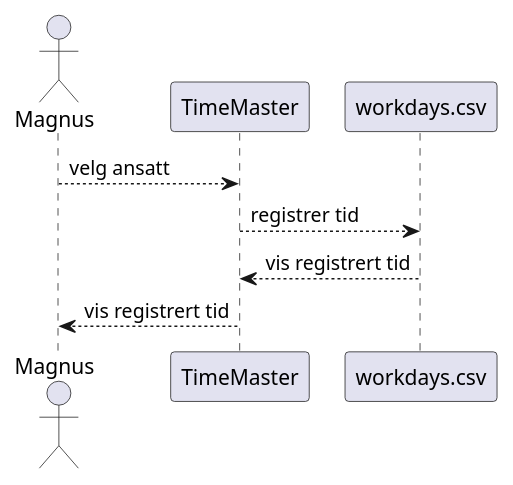
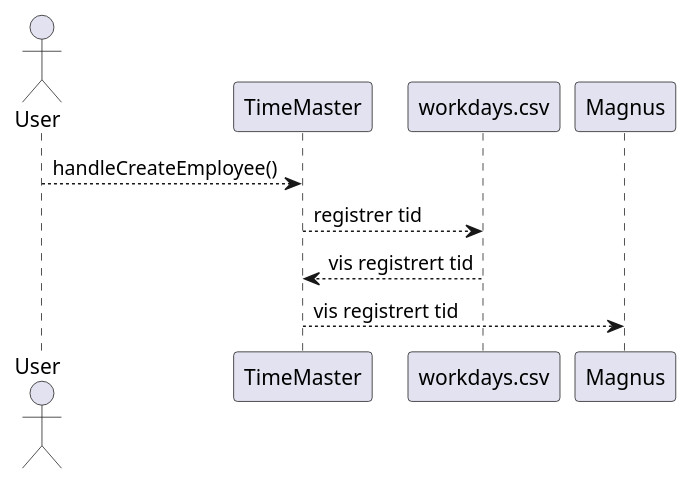
One commit to sleipner01/TimeMaster changed the diagram in docs/diagrams/sequencediagram.plantuml. Above: the diagram before and after it, drawn with PlantUML. The commit also changed 1 other file, not shown here.

Commit message:
Edited different diagrams
Edited sequence and packet diagram

Issue: #28

```diff
--- a/docs/diagrams/sequencediagram.plantuml
+++ b/docs/diagrams/sequencediagram.plantuml
@@ -1,10 +1,10 @@
 @startuml Time Master
 
-actor Magnus
+actor User
 
-Magnus --> TimeMaster : velg ansatt 
+User --> TimeMaster : handleCreateEmployee()
 TimeMaster --> workdays.csv : registrer tid 
 workdays.csv --> TimeMaster : vis registrert tid
 TimeMaster --> Magnus : vis registrert tid
 
 @enduml
```
